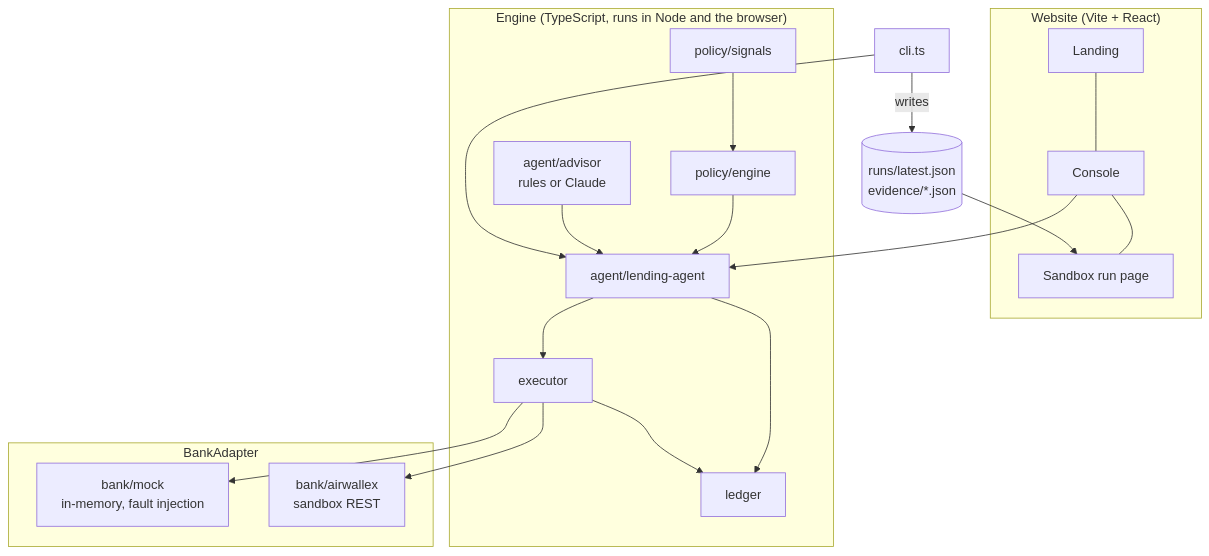
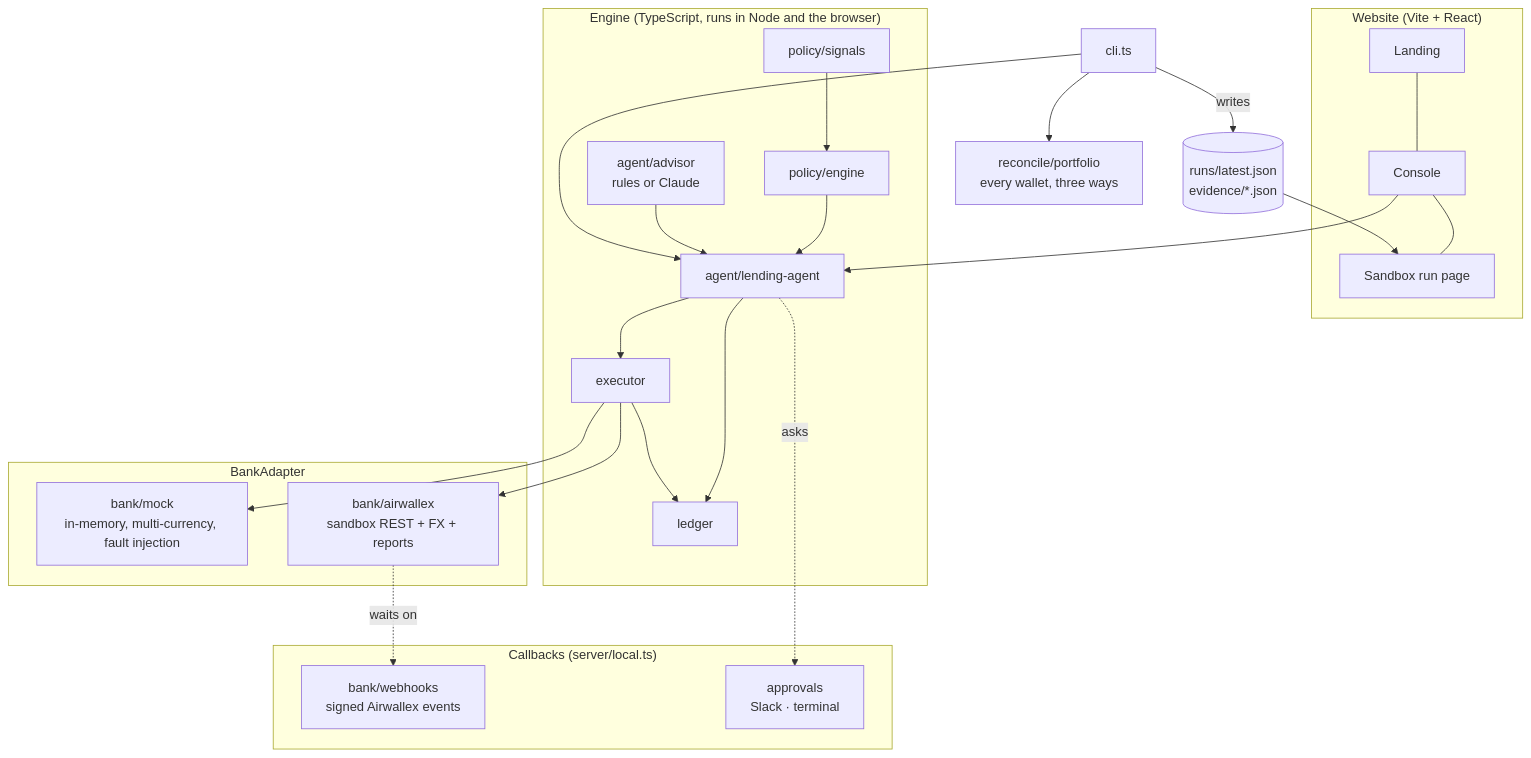
Before and after one commit to softalpha0/Keel: the second of 6 diagrams in README.md, drawn with Mermaid. The commit also changed other lines of this file and 38 other files, not shown here.

Commit message:
Claude decisions, Slack approvals, webhooks, multi-currency, full reconciliation

````diff
--- a/README.md
+++ b/README.md
@@ -102,24 +104,31 @@
 ```mermaid
 flowchart TB
   subgraph Web["Website (Vite + React)"]
     L[Landing] --- CO[Console] --- RP[Sandbox run page]
   end
   subgraph Engine["Engine (TypeScript, runs in Node and the browser)"]
     SIG[policy/signals] --> ENG[policy/engine]
     ENG --> AG[agent/lending-agent]
     ADV[agent/advisor<br/>rules or Claude] --> AG
     AG --> EX[executor]
     AG --> LED[ledger]
     EX --> LED
   end
   subgraph Banks["BankAdapter"]
-    MOCK[bank/mock<br/>in-memory, fault injection]
-    AWX[bank/airwallex<br/>sandbox REST]
+    MOCK[bank/mock<br/>in-memory, multi-currency, fault injection]
+    AWX[bank/airwallex<br/>sandbox REST + FX + reports]
+  end
+  subgraph Ops["Callbacks (server/local.ts)"]
+    WH[bank/webhooks<br/>signed Airwallex events]
+    AP[approvals<br/>Slack · terminal]
   end
   CO --> AG
   EX --> MOCK
   EX --> AWX
+  AWX -.waits on.-> WH
+  AG -.asks.-> AP
   CLI[cli.ts] --> AG
+  CLI --> REC[reconcile/portfolio<br/>every wallet, three ways]
   CLI -->|writes| JSON[(runs/latest.json<br/>evidence/*.json)]
   JSON --> RP
 ```
````
